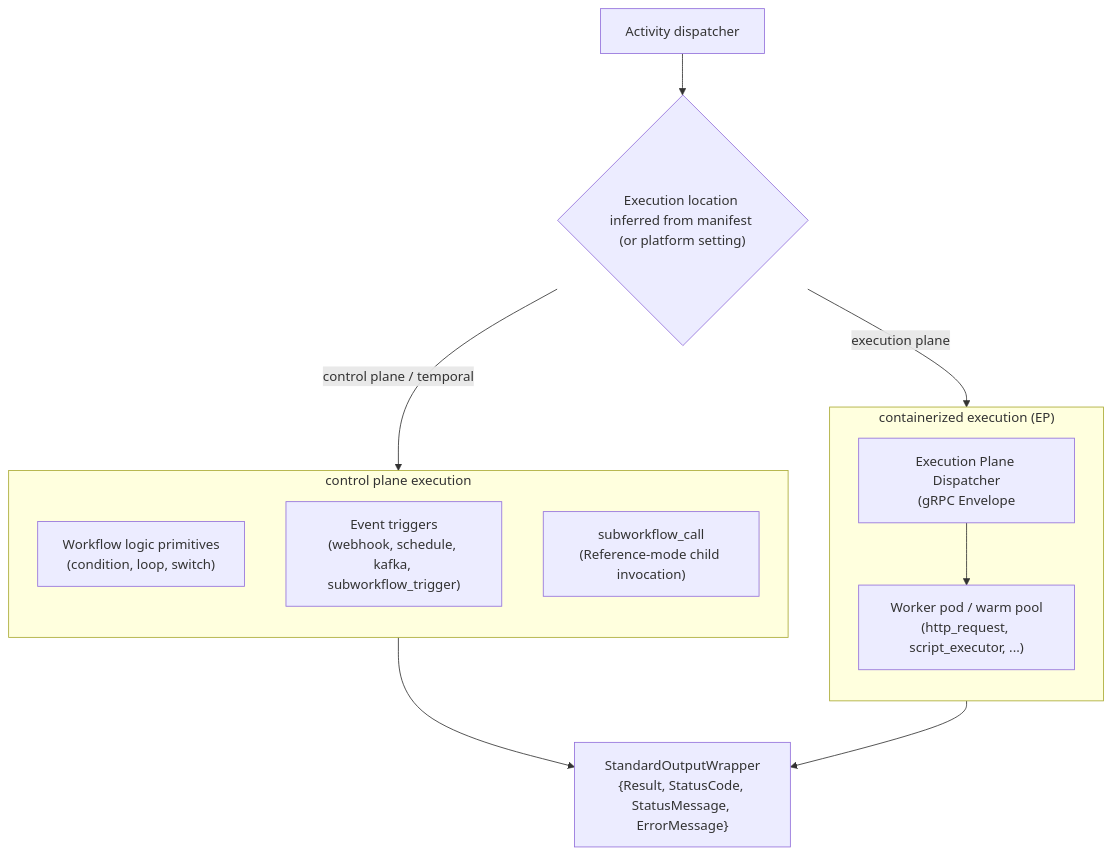
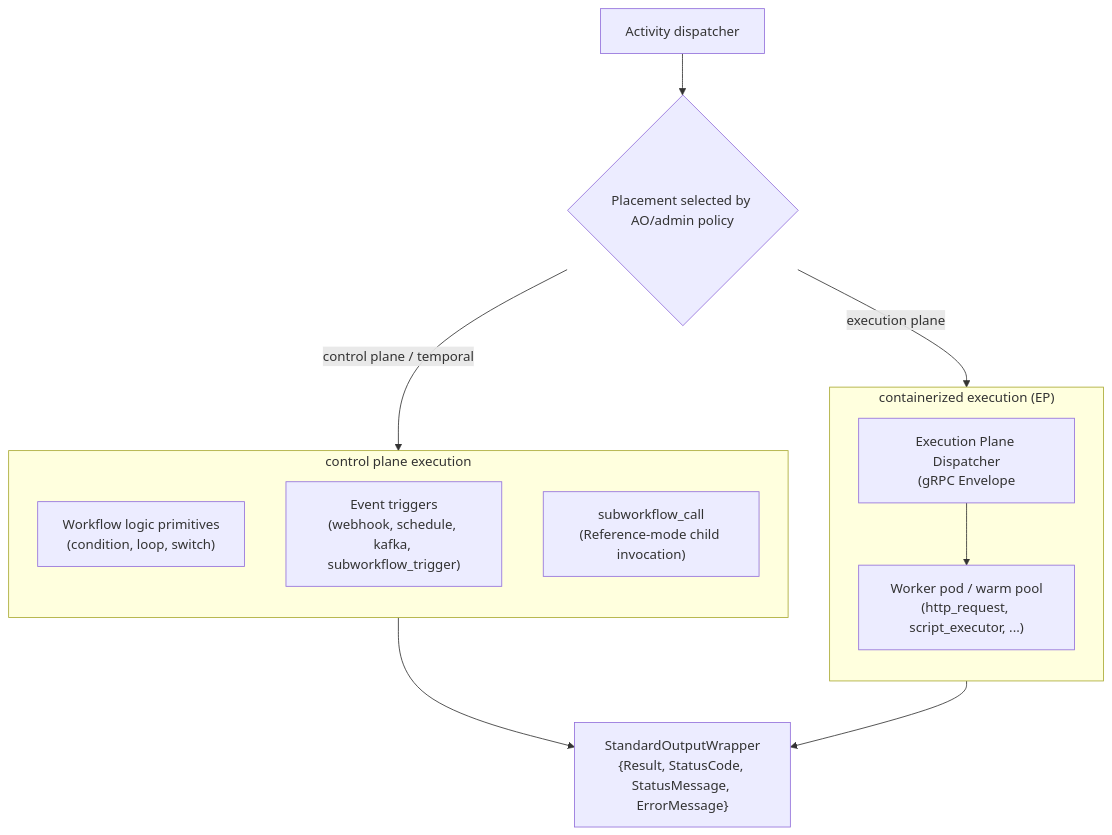
One commit to syntara-orchestration/syntara-node-sdk changed the fourth of 6 diagrams in docs/architecture.md. Above: the diagram before and after it, drawn with Mermaid. The commit also changed other lines of this file and 35 other files, not shown here.

````diff
--- a/docs/architecture.md
+++ b/docs/architecture.md
@@ -367,27 +439,27 @@
 ```mermaid
 graph TB
     GRAPH["Activity dispatcher"]
-    FORK{"Execution location inferred from manifest (or platform setting)"}
+    FORK{"Placement selected by AO/admin policy"}
 
     subgraph INPROC_BOX["control plane execution"]
         direction TB
         CTRL["Workflow logic primitives<br />(condition, loop, switch)"]
         TRIG_NODE["Event triggers<br />(webhook, schedule, kafka, subworkflow_trigger)"]
         SUBWF_CALL["subworkflow_call<br />(Reference-mode child invocation)"]
     end
 
     subgraph CONTAINER_BOX["containerized execution (EP)"]
         direction TB
         EXEC_DISPATCH["Execution Plane Dispatcher<br />(gRPC Envelope"]
         WORKER_POD["Worker pod / warm pool<br />(http_request, script_executor, ...)"]
     end
 
     RESULT["StandardOutputWrapper<br />{Result, StatusCode, StatusMessage, ErrorMessage}"]
 
     GRAPH --> FORK
     FORK -->|control plane / temporal| INPROC_BOX
     FORK -->|execution plane| CONTAINER_BOX
 
     INPROC_BOX --> RESULT
     EXEC_DISPATCH --> WORKER_POD --> RESULT
 ```
````
